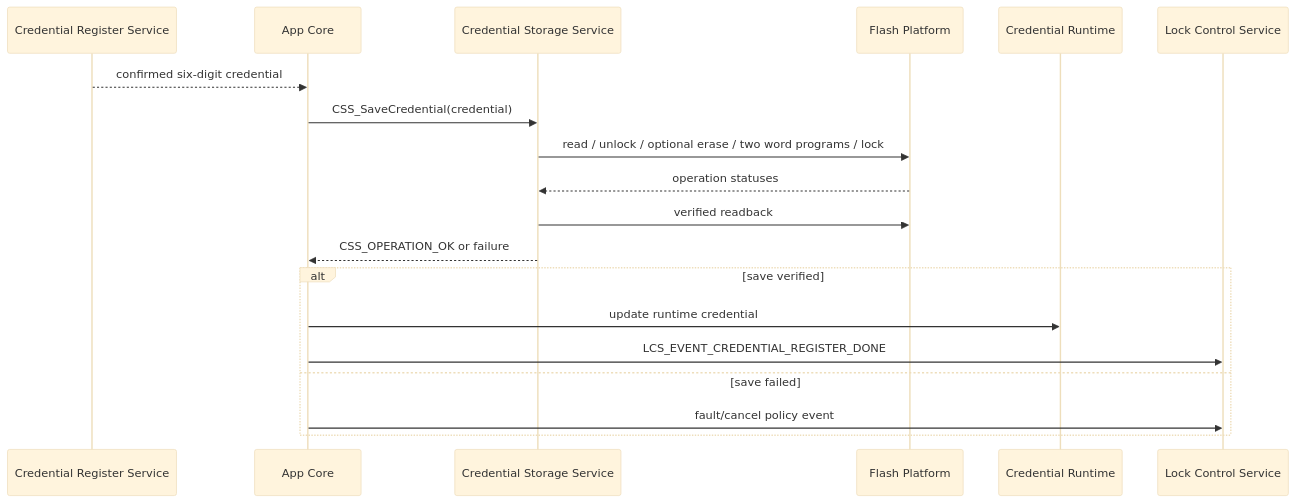
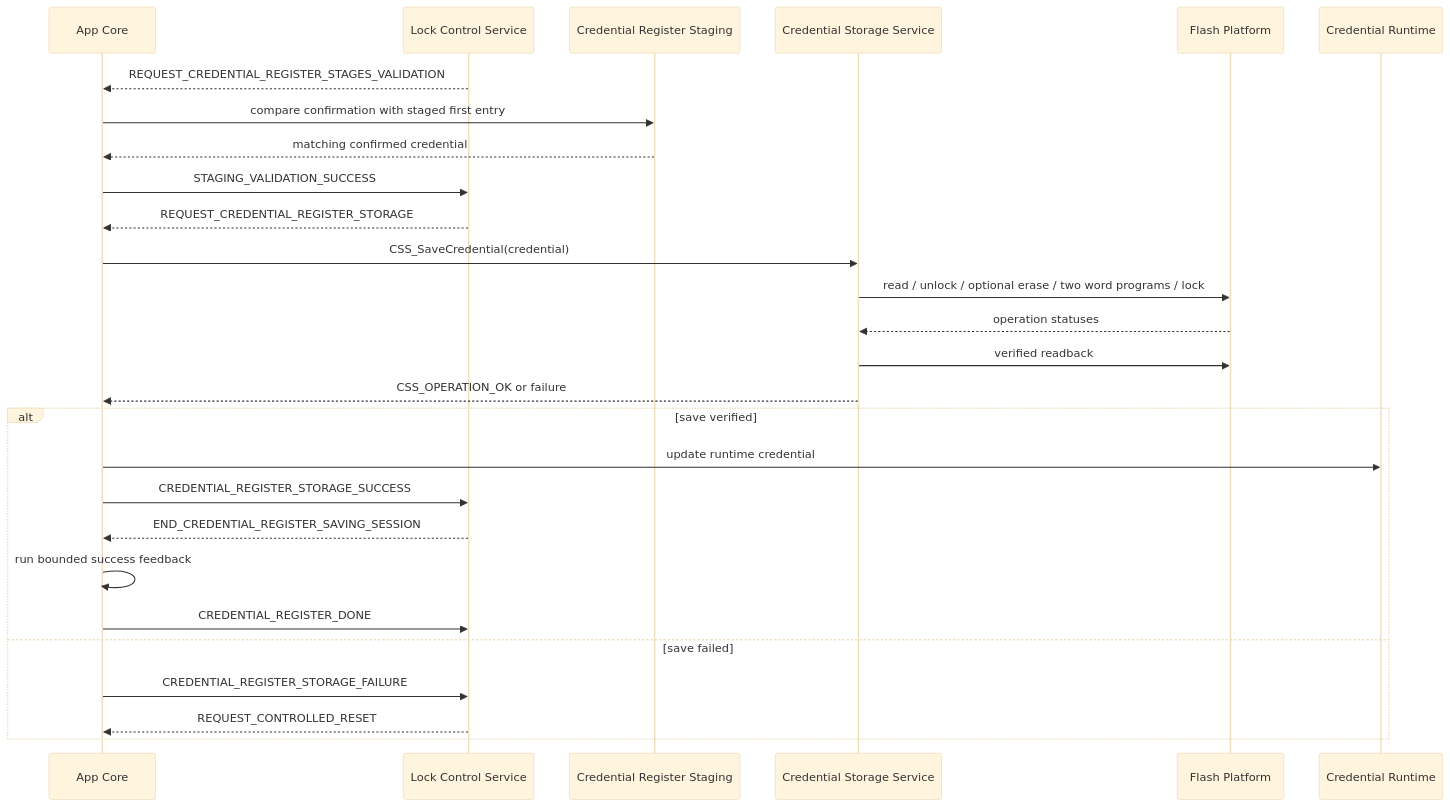
Before and after one commit to JP-REY/STM32F103C8T6-Based-Electronic-Lock: the fourth of 4 diagrams in Libs/Services/Credential_Storage/README.md, drawn with Mermaid (base theme). The commit also changed other lines of this file and 8 other files, not shown here.

First line of the commit message:
feature(lock-control): integrate credential register flow into FSM

````diff
--- a/Libs/Services/Credential_Storage/README.md
+++ b/Libs/Services/Credential_Storage/README.md
@@ -627,22 +633,30 @@
 ```mermaid
 sequenceDiagram
-    participant CRS as Credential Register Service
     participant APP as App Core
+    participant LCS as Lock Control Service
+    participant CRS as Credential Register Staging
     participant CSS as Credential Storage Service
     participant FLASH as Flash Platform
     participant RAM as Credential Runtime
-    participant LCS as Lock Control Service
 
-    CRS-->>APP: confirmed six-digit credential
+    LCS-->>APP: REQUEST_CREDENTIAL_REGISTER_STAGES_VALIDATION
+    APP->>CRS: compare confirmation with staged first entry
+    CRS-->>APP: matching confirmed credential
+    APP->>LCS: STAGING_VALIDATION_SUCCESS
+    LCS-->>APP: REQUEST_CREDENTIAL_REGISTER_STORAGE
     APP->>CSS: CSS_SaveCredential(credential)
     CSS->>FLASH: read / unlock / optional erase / two word programs / lock
     FLASH-->>CSS: operation statuses
     CSS->>FLASH: verified readback
     CSS-->>APP: CSS_OPERATION_OK or failure
     alt save verified
         APP->>RAM: update runtime credential
-        APP->>LCS: LCS_EVENT_CREDENTIAL_REGISTER_DONE
+        APP->>LCS: CREDENTIAL_REGISTER_STORAGE_SUCCESS
+        LCS-->>APP: END_CREDENTIAL_REGISTER_SAVING_SESSION
+        APP->>APP: run bounded success feedback
+        APP->>LCS: CREDENTIAL_REGISTER_DONE
     else save failed
-        APP->>LCS: fault/cancel policy event
+        APP->>LCS: CREDENTIAL_REGISTER_STORAGE_FAILURE
+        LCS-->>APP: REQUEST_CONTROLLED_RESET
     end
 ```
````
